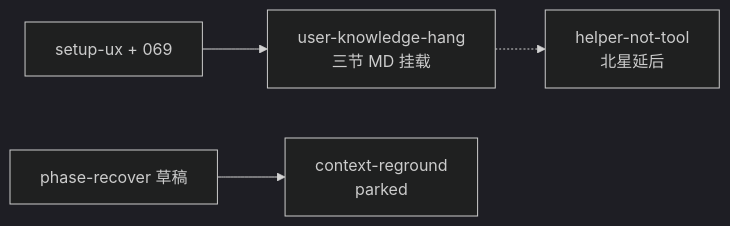
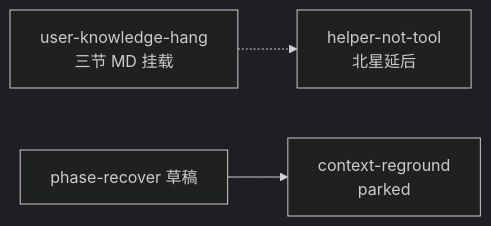
One commit to ethan-jiang-1/ai_tool_deepresearch changed the fourth of 5 diagrams in _backlog/todos/README.md. Above: the diagram before and after it, drawn with Mermaid (dark theme). The commit also changed other lines of this file and 8 other files, not shown here.

````diff
--- a/_backlog/todos/README.md
+++ b/_backlog/todos/README.md
@@ -87,10 +96,8 @@
 ```mermaid
 flowchart LR
-  SETUP2["setup-ux + 069"]
   KNOW["user-knowledge-hang<br/>三节 MD 挂载"]
   HELP["helper-not-tool<br/>北星延后"]
   REG["context-reground<br/>parked"]
-  SETUP2 --> KNOW
   KNOW -.-> HELP
   REC2["phase-recover 草稿"] --> REG
 ```
````
